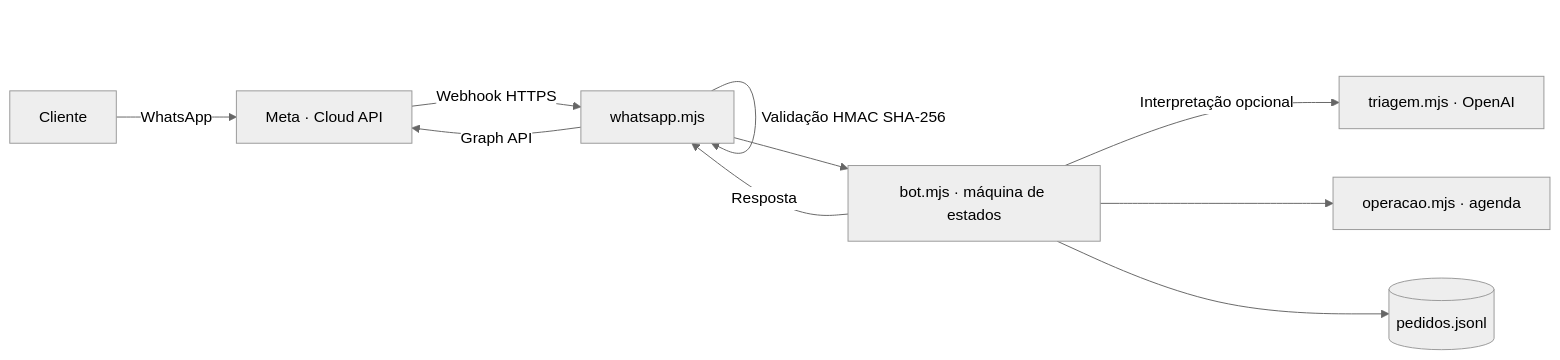
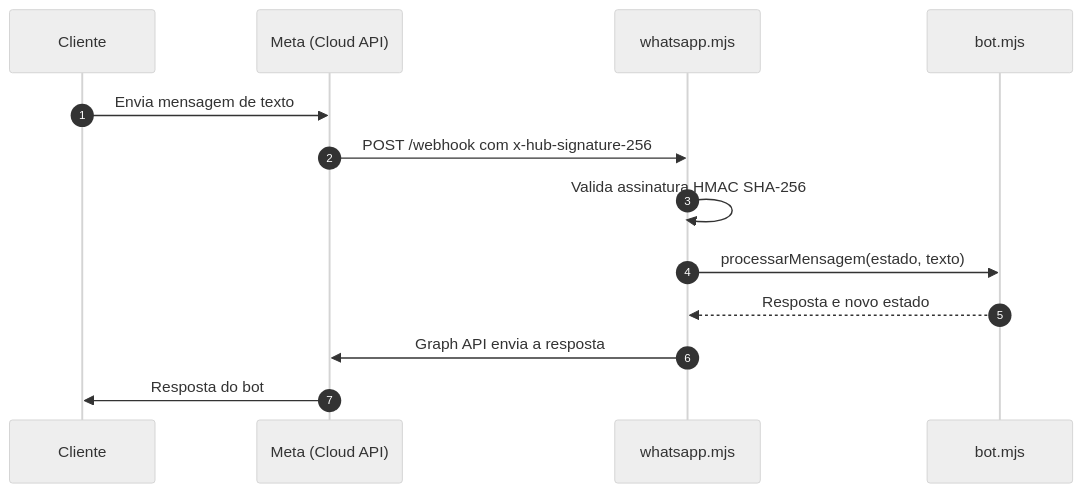
One commit to jcesarmph-ui/conserta-facil changed the second of 3 diagrams in README.md. Above: the diagram before and after it, drawn with Mermaid (neutral theme). The commit also changed other lines of this file and 1 other file, not shown here.

Commit message:
Atualiza README com mapa visual, diagramas e link para a conversa simulada

````diff
--- a/README.md
+++ b/README.md
@@ -85,12 +108,15 @@
 ```mermaid
-flowchart LR
-    C[Cliente] -->|WhatsApp| M[Meta · Cloud API]
-    M -->|Webhook HTTPS| W[whatsapp.mjs]
-    W -->|Validação HMAC SHA-256| W
-    W --> B[bot.mjs · máquina de estados]
-    B -->|Interpretação opcional| T[triagem.mjs · OpenAI]
-    B --> O[operacao.mjs · agenda]
-    B --> P[(pedidos.jsonl)]
-    B -->|Resposta| W
-    W -->|Graph API| M
+sequenceDiagram
+    autonumber
+    participant C as Cliente
+    participant M as Meta (Cloud API)
+    participant W as whatsapp.mjs
+    participant B as bot.mjs
+    C->>M: Envia mensagem de texto
+    M->>W: POST /webhook com x-hub-signature-256
+    W->>W: Valida assinatura HMAC SHA-256
+    W->>B: processarMensagem(estado, texto)
+    B-->>W: Resposta e novo estado
+    W->>M: Graph API envia a resposta
+    M->>C: Resposta do bot
 ```
````
